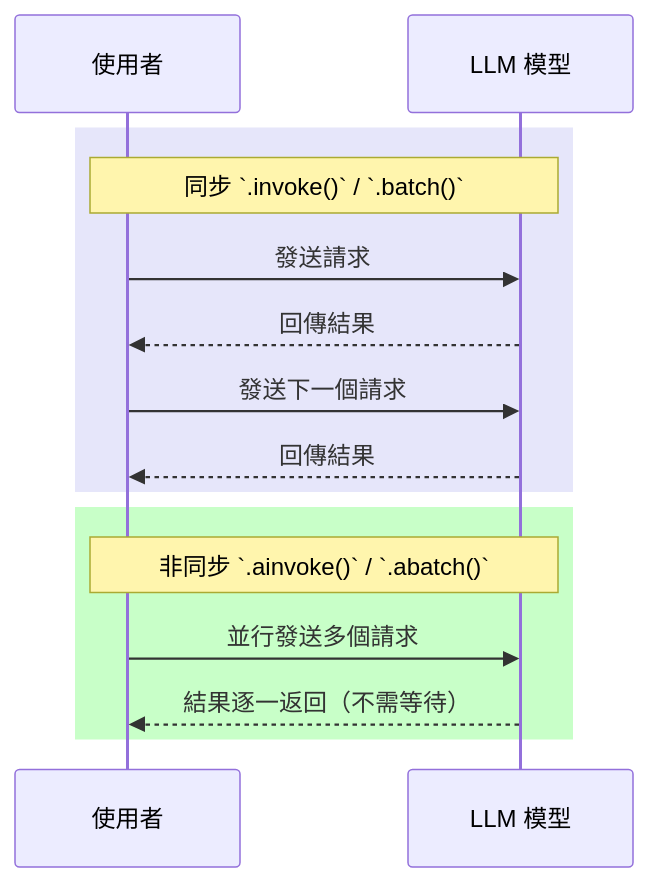
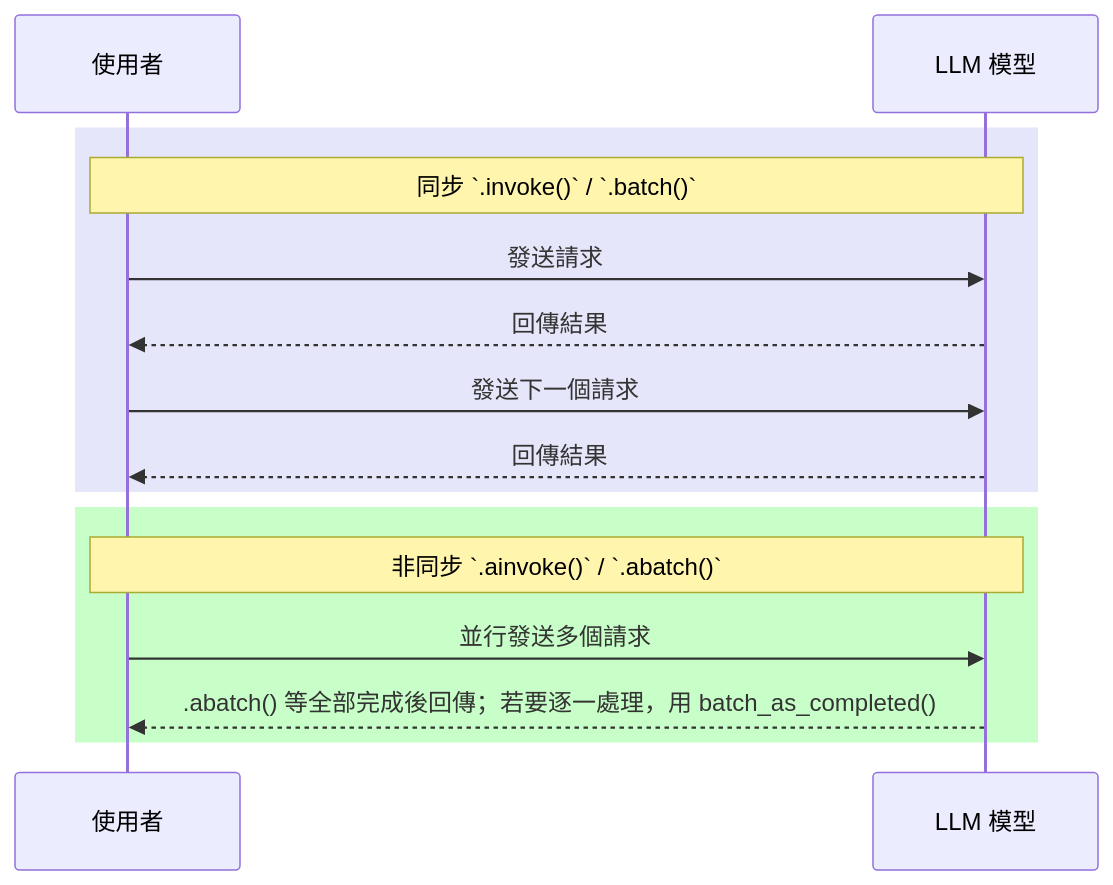
Before and after one commit to spyua/langchain-tutorial: the diagram in docs/tutorials/multiple-llm-generations.md, drawn with Mermaid. The commit also changed other lines of this file and 4 other files, not shown here.

````diff
--- a/docs/tutorials/multiple-llm-generations.md
+++ b/docs/tutorials/multiple-llm-generations.md
@@ -91,19 +173,19 @@
 ```mermaid
 sequenceDiagram
     participant User as 使用者
     participant LLM as LLM 模型
     
     rect rgb(230,230,250)
     Note over User,LLM: 同步 `.invoke()` / `.batch()`
     User->>LLM: 發送請求
     LLM-->>User: 回傳結果
     User->>LLM: 發送下一個請求
     LLM-->>User: 回傳結果
     end
 
     rect rgb(200,255,200)
     Note over User,LLM: 非同步 `.ainvoke()` / `.abatch()`
     User->>LLM: 並行發送多個請求
-    LLM-->>User: 結果逐一返回（不需等待）
+    LLM-->>User: .abatch() 等全部完成後回傳；若要逐一處理，用 batch_as_completed()
     end
 ```
````
